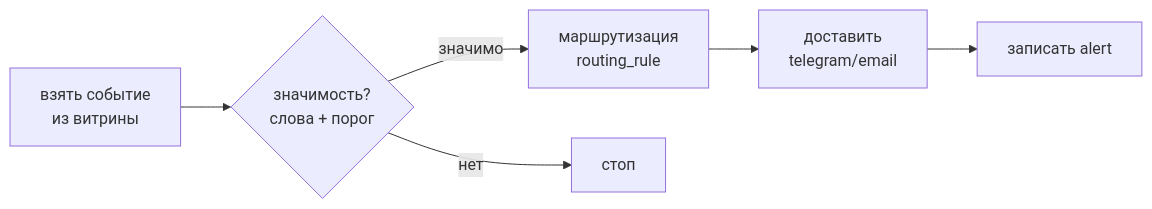
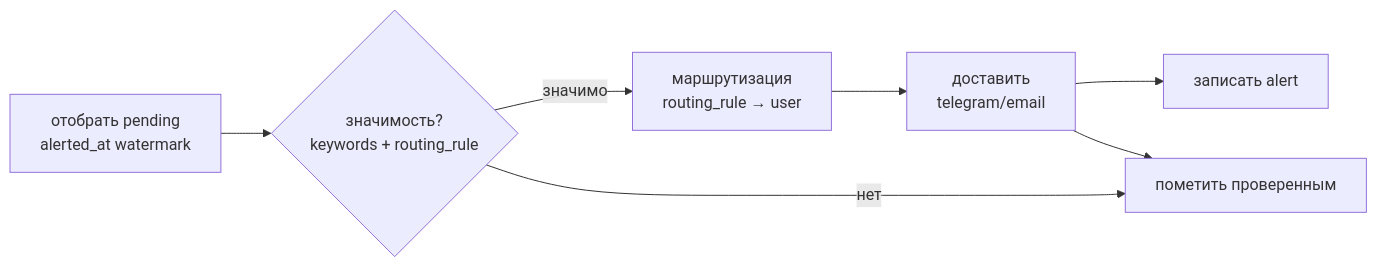
Before and after one commit to aslan-py/kodik: the fifth of 7 diagrams in ABOUT_PROJECT/ABOUT.md, drawn with Mermaid. The commit also changed other lines of this file and 15 other files, not shown here.

````diff
--- a/ABOUT_PROJECT/ABOUT.md
+++ b/ABOUT_PROJECT/ABOUT.md
@@ -443,5 +445,6 @@
 ```mermaid
 flowchart LR
-  A[взять событие<br/>из витрины] --> B{значимость?<br/>слова + порог} -->|значимо| C[маршрутизация<br/>routing_rule] --> D[доставить<br/>telegram/email] --> E[записать alert]
-  B -->|нет| Z[стоп]
+  A[отобрать pending<br/>alerted_at watermark] --> B{значимость?<br/>keywords + routing_rule} -->|значимо| C[маршрутизация<br/>routing_rule → user] --> D[доставить<br/>telegram/email] --> E[записать alert]
+  B -->|нет| Z[пометить проверенным]
+  D --> Z
 ```
````
